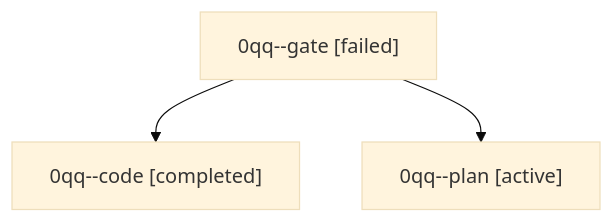
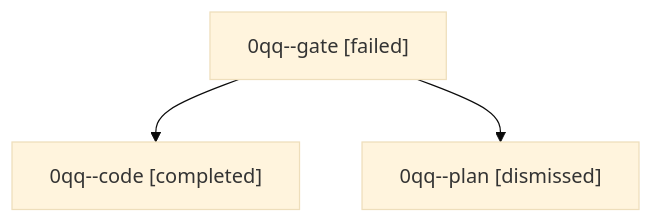
The diagram in sessions/bbugyi200.athena.0qq.md (sase-org/sase--agents), drawn with Mermaid (base theme) before and after one commit. The commit also changed other lines of this file and 24 other files, not shown here.

````diff
--- a/sessions/bbugyi200.athena.0qq.md
+++ b/sessions/bbugyi200.athena.0qq.md
@@ -9,8 +9,8 @@
 ```mermaid
 flowchart TD
   n0["0qq--gate [failed]"]
   n1["0qq--code [completed]"]
   n0 --> n1
-  n2["0qq--plan [active]"]
+  n2["0qq--plan [dismissed]"]
   n0 --> n2
 ```
````
